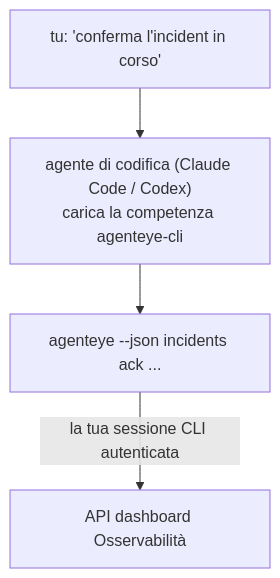
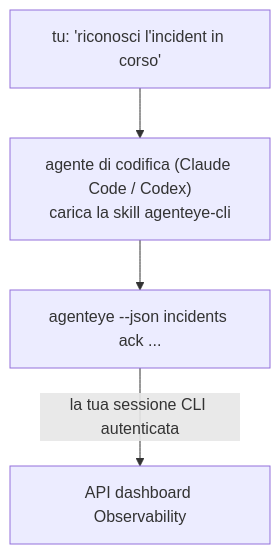
Before and after one commit to FailproofAI/failproofai: the diagram in docs/it/agenteye/cli-skill.mdx, drawn with Mermaid. The commit also changed other lines of this file and 677 other files, not shown here.

````diff
--- a/docs/it/agenteye/cli-skill.mdx
+++ b/docs/it/agenteye/cli-skill.mdx
@@ -28,6 +29,6 @@
 ```mermaid
 flowchart TD
-    YOU["tu: 'conferma l'incident in corso'"] --> AGENT["agente di codifica (Claude Code / Codex)<br/>carica la competenza agenteye-cli"]
+    YOU["tu: 'riconosci l'incident in corso'"] --> AGENT["agente di codifica (Claude Code / Codex)<br/>carica la skill agenteye-cli"]
     AGENT --> CLI["agenteye --json incidents ack ..."]
-    CLI -->|la tua sessione CLI autenticata| API["API dashboard Osservabilità"]
+    CLI -->|la tua sessione CLI autenticata| API["API dashboard Observability"]
 ```
````
